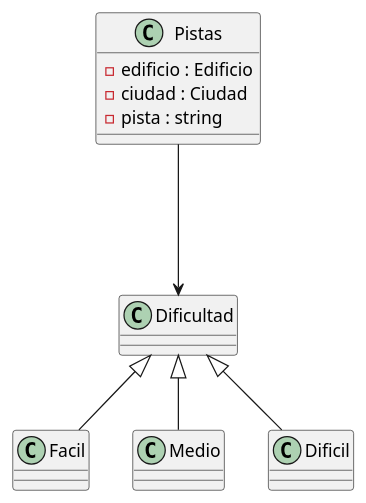
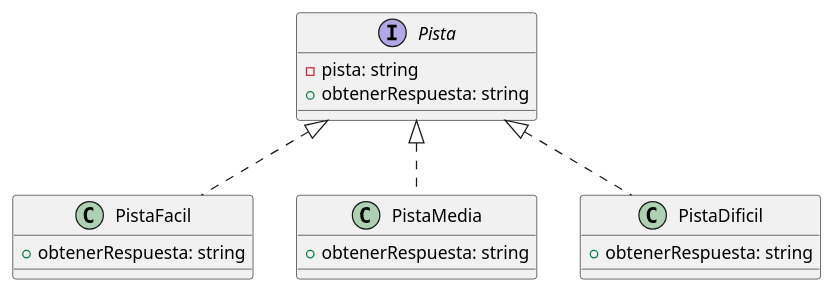
One commit to SeleneMartinez/Algo3_AlgoThief changed the diagram in diagrams/classes/dc_pistas.plantuml. Above: the diagram before and after it, drawn with PlantUML. The commit also changed 2 other files, not shown here.

Commit message:
Modified pistas diagrams

```diff
--- a/diagrams/classes/dc_pistas.plantuml
+++ b/diagrams/classes/dc_pistas.plantuml
@@ -1,26 +1,47 @@
 @startuml
-class Pistas
+/'class Pistas
 {
     -edificio : Edificio
     -ciudad : Ciudad
     -pista : string
 }
 
 class Dificultad
 {
 }
 class Facil
 {
 }
 class Medio
 {
 }
 class Dificil
 {
+}'/
+
+interface Pista
+{
+    -pista: string
+    +obtenerRespuesta: string
+}
+class PistaFacil
+{
+    +obtenerRespuesta: string
 }
 
-Pistas --->Dificultad
-Dificultad <|-- Facil
-Dificultad <|-- Medio
-Dificultad <|-- Dificil
+class PistaMedia
+{
+    +obtenerRespuesta: string
+}
+
+class PistaDificil
+{
+    +obtenerRespuesta: string
+}
+
+
+Pista <|.. PistaFacil
+Pista <|.. PistaMedia
+Pista <|..PistaDificil
+
 @enduml
```
